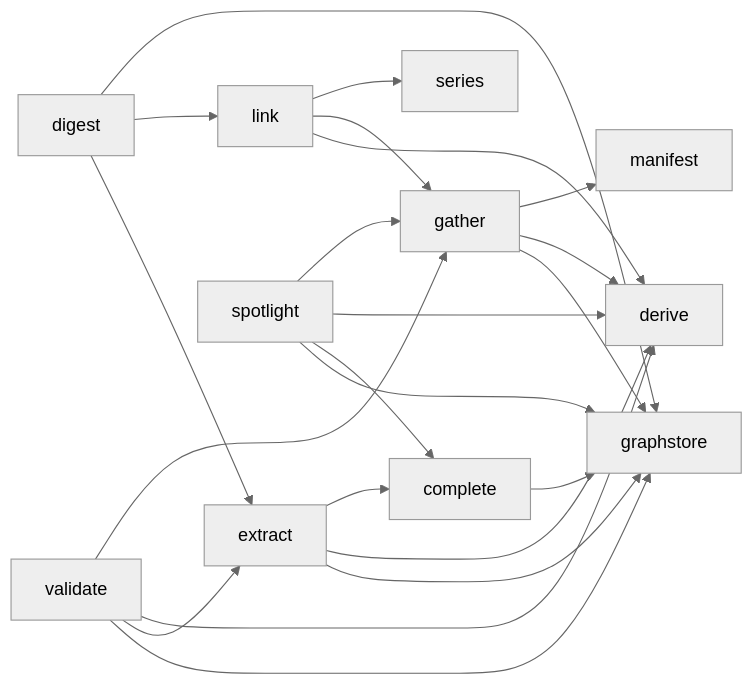
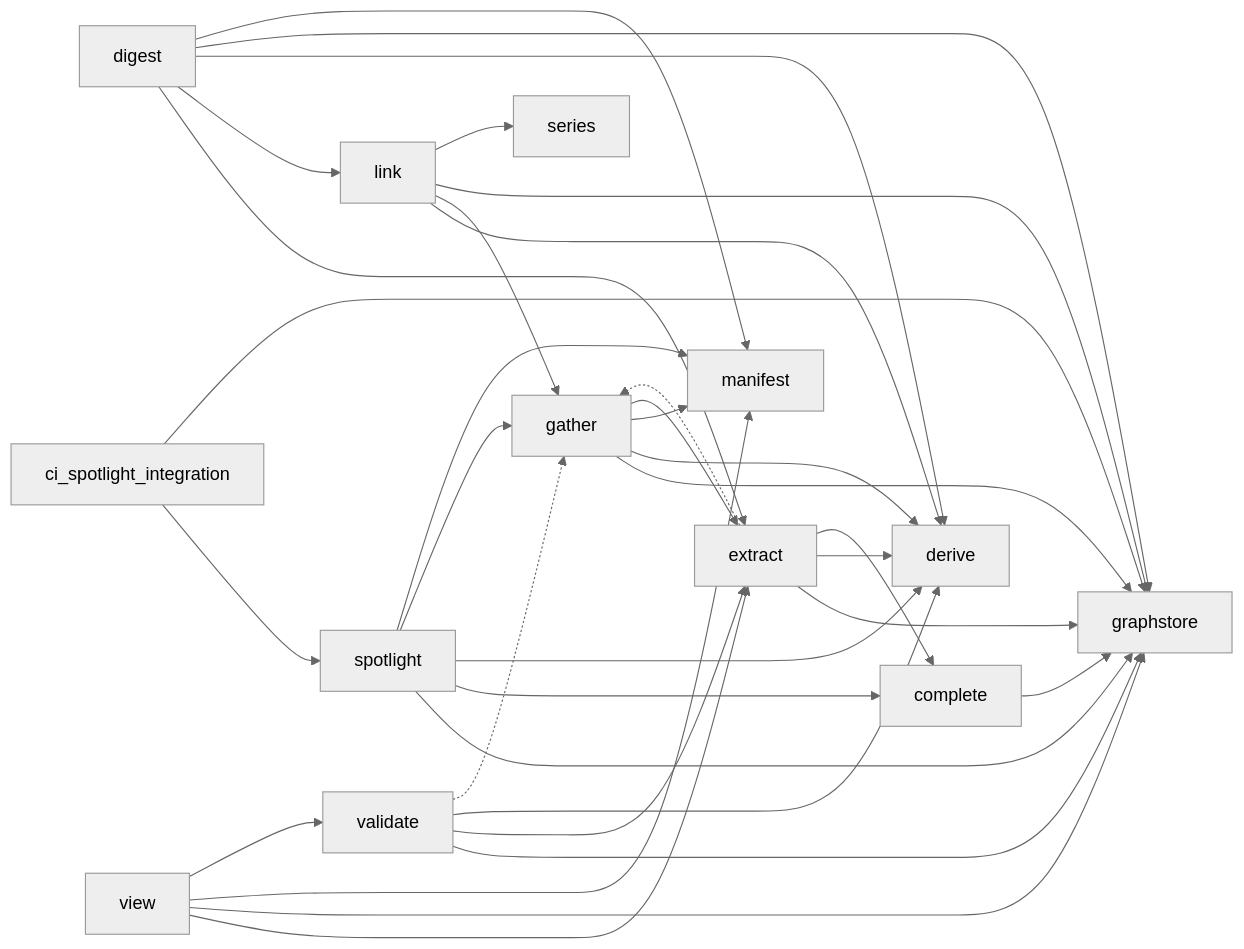
Before and after one commit to DamianFlynn/experiments: the first of 12 diagrams in .claude/skills/activity-overview/docs/LLD.md, drawn with Mermaid (neutral theme). The commit also changed other lines of this file and 12 other files, not shown here.

````diff
--- a/.claude/skills/activity-overview/docs/LLD.md
+++ b/.claude/skills/activity-overview/docs/LLD.md
@@ -63,24 +67,36 @@
 ```mermaid
 flowchart LR
   gather --> graphstore
   gather --> derive
   gather --> manifest
+  gather --> extract
   extract --> graphstore
   extract --> derive
   extract --> complete
+  extract -.-> gather
   complete --> graphstore
+  view --> extract
+  view --> graphstore
+  view --> manifest
+  view --> validate
   link --> derive
   link --> gather
+  link --> graphstore
   link --> series
   validate --> graphstore
   validate --> extract
   validate --> derive
-  validate --> gather
+  validate -.-> gather
   spotlight --> graphstore
   spotlight --> complete
   spotlight --> derive
   spotlight --> gather
+  spotlight --> manifest
   digest --> extract
   digest --> link
+  digest --> derive
   digest --> graphstore
+  digest --> manifest
+  ci_spotlight_integration --> spotlight
+  ci_spotlight_integration --> graphstore
 ```
````
